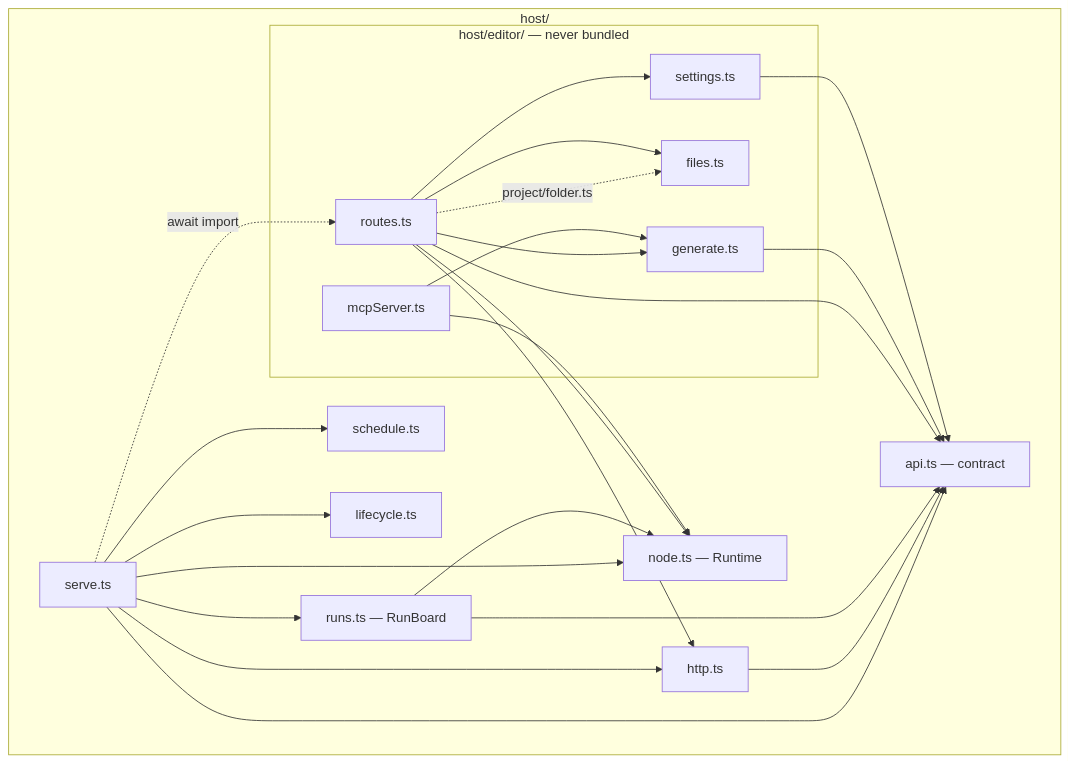
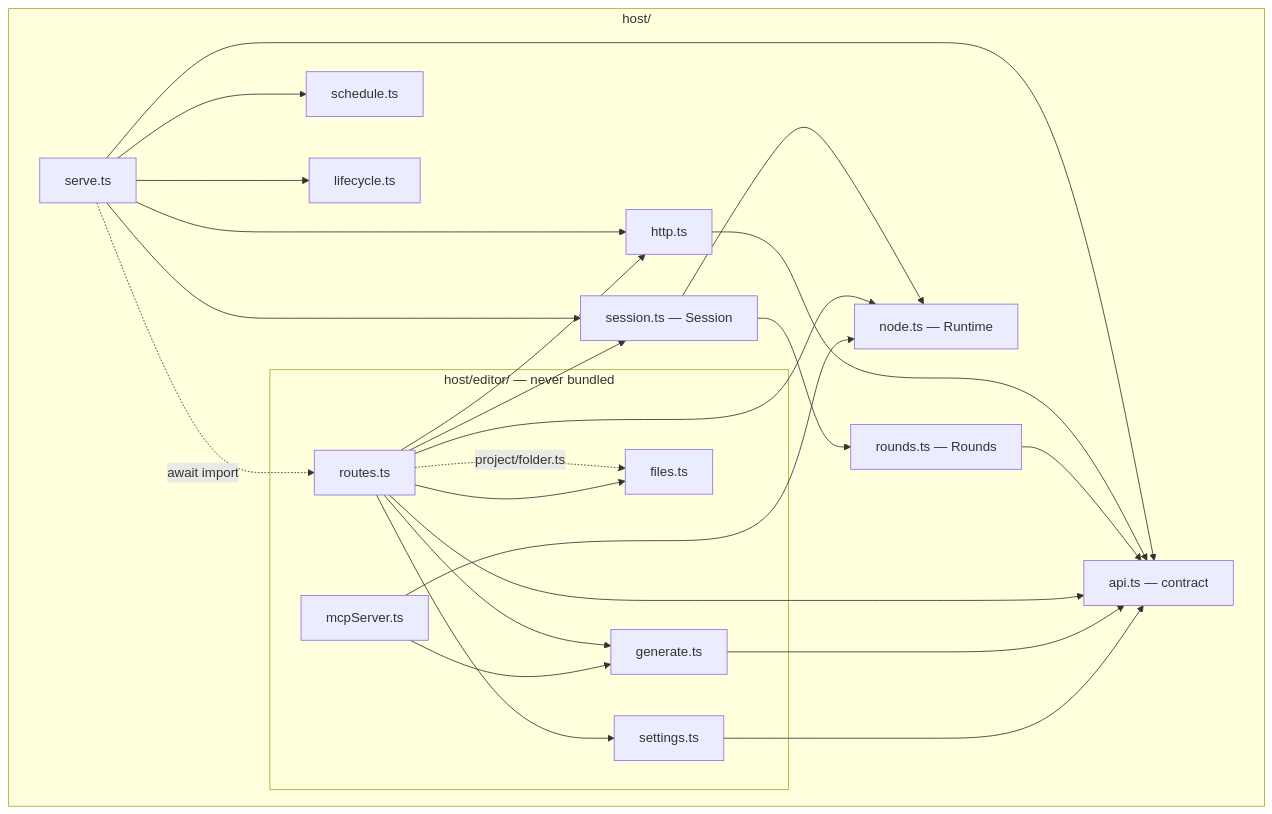
The seventh of 8 diagrams in arch/overview.md (Archimedes79/AI_Graph), drawn with Mermaid before and after one commit. The commit also changed other lines of this file and 25 other files, not shown here.

````diff
--- a/arch/overview.md
+++ b/arch/overview.md
@@ -387,41 +411,43 @@
 ```mermaid
 flowchart TD
   subgraph host["host/"]
     Api["api.ts — contract"]
     Http["http.ts"]
     Serve["serve.ts"]
-    Runs["runs.ts — RunBoard"]
+    Session["session.ts — Session"]
+    Rounds["rounds.ts — Rounds"]
     Schedule["schedule.ts"]
     Lifecycle["lifecycle.ts"]
     Node["node.ts — Runtime"]
     subgraph editor["host/editor/ — never bundled"]
       Routes["routes.ts"]
       Generate["generate.ts"]
       Settings["settings.ts"]
       Files["files.ts"]
       Mcp["mcpServer.ts"]
     end
   end
 
   Serve --> Api
   Serve --> Http
-  Serve --> Runs
+  Serve --> Session
   Serve --> Schedule
   Serve --> Lifecycle
-  Serve --> Node
   Serve -. "await import" .-> Routes
   Http --> Api
-  Runs --> Api
-  Runs --> Node
+  Session --> Rounds
+  Session --> Node
+  Rounds --> Api
+  Routes --> Session
   Routes --> Api
   Routes --> Http
   Routes --> Node
   Routes --> Generate
   Routes -. "project/folder.ts" .-> Files
   Routes --> Settings
   Routes --> Files
   Generate --> Api
   Settings --> Api
   Mcp --> Generate
   Mcp --> Node
 ```
````
